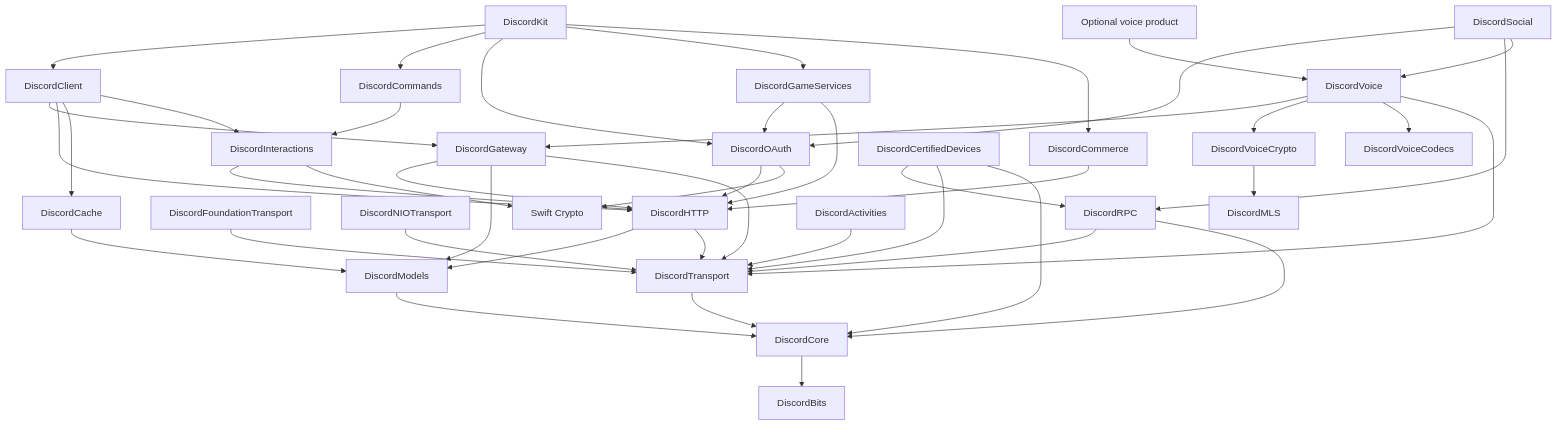
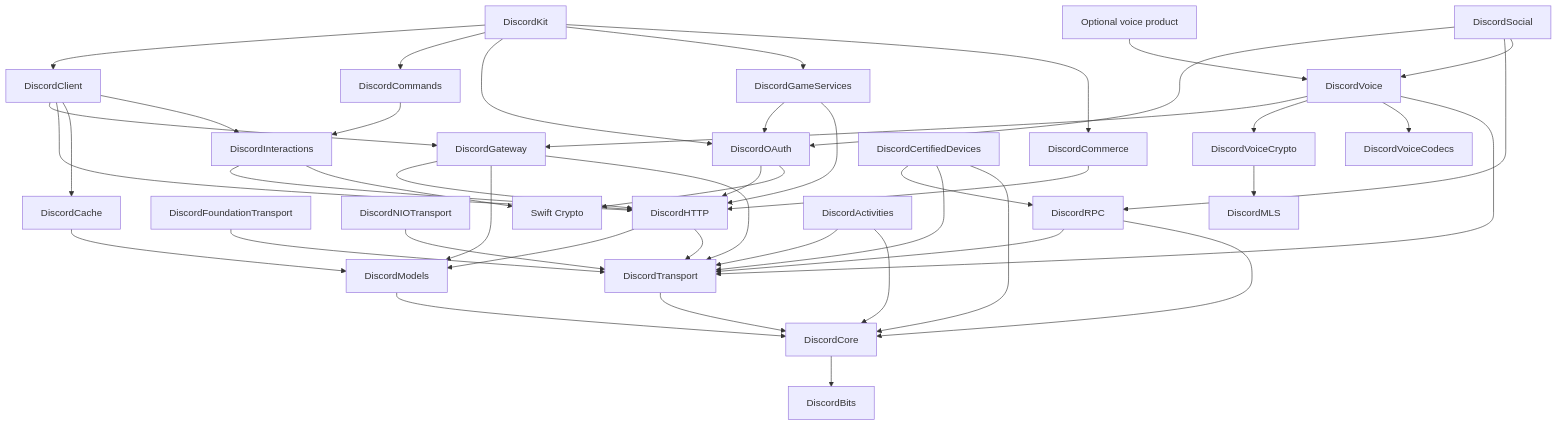
Before and after one commit to CarsonAurum/DiscordKit: the diagram in Docs/Architecture.md, drawn with Mermaid. The commit also changed other lines of this file and 49 other files, not shown here.

````diff
--- a/Docs/Architecture.md
+++ b/Docs/Architecture.md
@@ -74,46 +78,47 @@
 ```mermaid
 flowchart TD
     DiscordCore --> DiscordBits
     DiscordModels --> DiscordCore
     DiscordTransport --> DiscordCore
     DiscordHTTP --> DiscordModels
     DiscordHTTP --> DiscordTransport
     DiscordGateway --> DiscordHTTP
     DiscordGateway --> DiscordModels
     DiscordGateway --> DiscordTransport
     DiscordFoundationTransport --> DiscordTransport
     DiscordNIOTransport --> DiscordTransport
     DiscordCache --> DiscordModels
     DiscordInteractions --> DiscordHTTP
     DiscordInteractions --> SwiftCrypto[Swift Crypto]
     DiscordCommands --> DiscordInteractions
     DiscordOAuth --> DiscordHTTP
     DiscordOAuth --> SwiftCrypto
     DiscordGameServices --> DiscordOAuth
     DiscordGameServices --> DiscordHTTP
     DiscordClient --> DiscordGateway
     DiscordClient --> DiscordHTTP
     DiscordClient --> DiscordCache
     DiscordClient --> DiscordInteractions
     DiscordVoice --> DiscordGateway
     DiscordVoice --> DiscordVoiceCrypto
     DiscordVoice --> DiscordVoiceCodecs
     DiscordVoice --> DiscordTransport
     DiscordVoiceCrypto --> DiscordMLS
     DiscordKit --> DiscordClient
     DiscordKit --> DiscordCommands
     DiscordKit --> DiscordOAuth
     DiscordKit --> DiscordGameServices
     DiscordKit --> DiscordCommerce
     VoiceProduct[Optional voice product] --> DiscordVoice
     DiscordRPC --> DiscordTransport
     DiscordRPC --> DiscordCore
     DiscordCertifiedDevices --> DiscordRPC
     DiscordCertifiedDevices --> DiscordTransport
     DiscordCertifiedDevices --> DiscordCore
     DiscordActivities --> DiscordTransport
+    DiscordActivities --> DiscordCore
     DiscordSocial --> DiscordOAuth
     DiscordSocial --> DiscordRPC
     DiscordSocial --> DiscordVoice
     DiscordCommerce --> DiscordHTTP
 ```
````
